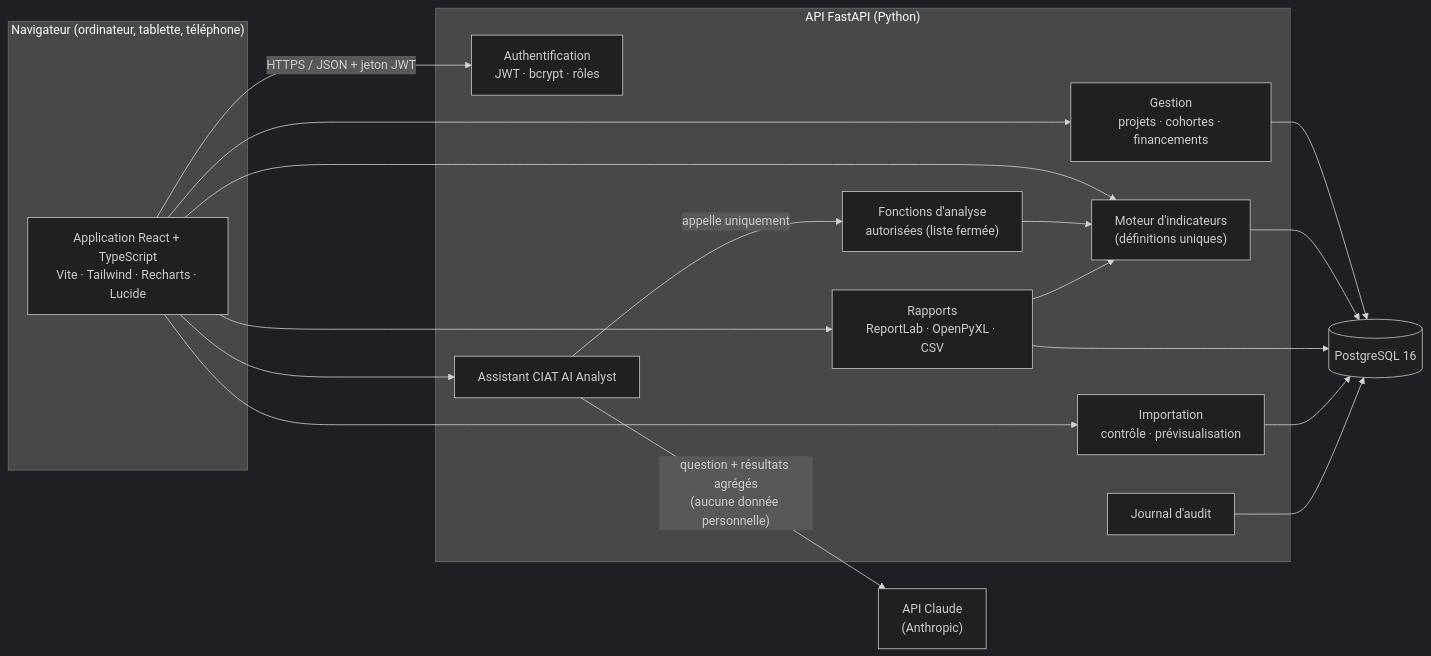
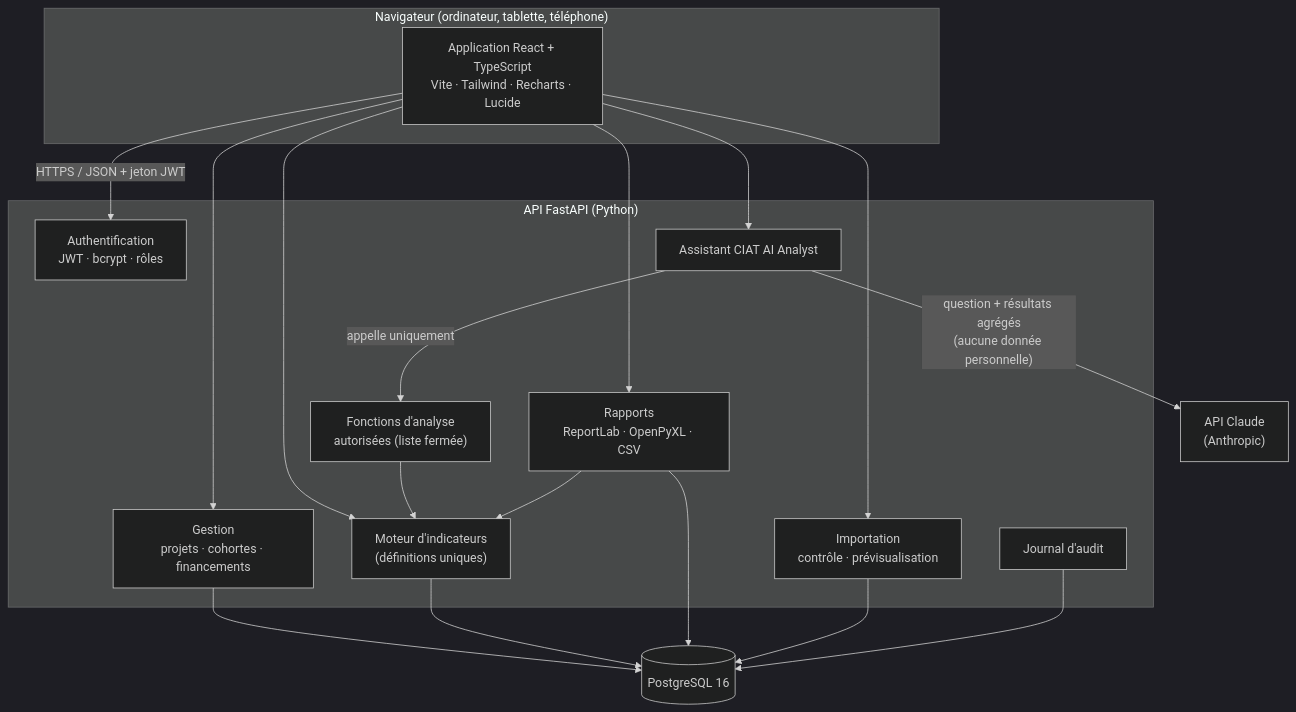
Before and after one commit to serigne-dev12/CIAT-VISION: the first of 8 diagrams in docs/02_architecture.md, drawn with Mermaid (dark theme). The commit also changed other lines of this file and 16 other files, not shown here.

````diff
--- a/docs/02_architecture.md
+++ b/docs/02_architecture.md
@@ -13,26 +13,26 @@
 ```mermaid
-flowchart LR
+flowchart TB
     subgraph Client["Navigateur (ordinateur, tablette, téléphone)"]
         SPA["Application React + TypeScript<br/>Vite · Tailwind · Recharts · Lucide"]
     end
     subgraph Serveur["API FastAPI (Python)"]
         AUTH["Authentification<br/>JWT · bcrypt · rôles"]
         CRUD["Gestion<br/>projets · cohortes · financements"]
         KPI["Moteur d'indicateurs<br/>(définitions uniques)"]
         ANA["Fonctions d'analyse<br/>autorisées (liste fermée)"]
         IA["Assistant CIAT AI Analyst"]
         REP["Rapports<br/>ReportLab · OpenPyXL · CSV"]
         IMP["Importation<br/>contrôle · prévisualisation"]
         AUD["Journal d'audit"]
     end
     DB[("PostgreSQL 16")]
     LLM["API Claude<br/>(Anthropic)"]
 
     SPA -- "HTTPS / JSON + jeton JWT" --> AUTH
     SPA --> CRUD & KPI & IA & REP & IMP
     CRUD & KPI & REP & IMP & AUD --> DB
     ANA --> KPI
     IA -- "appelle uniquement" --> ANA
     IA -- "question + résultats agrégés<br/>(aucune donnée personnelle)" --> LLM
     REP --> KPI
 ```
````
